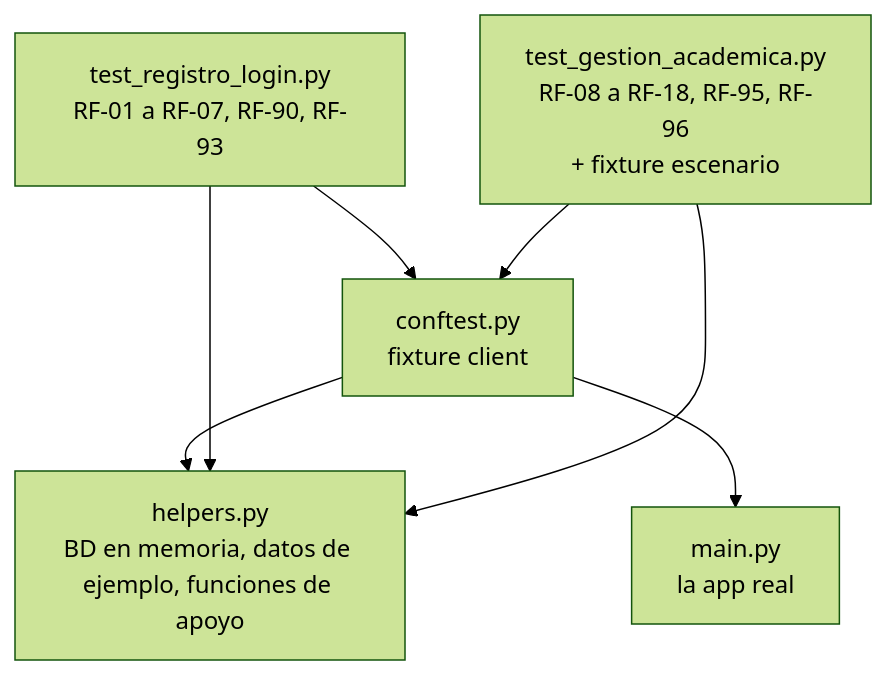
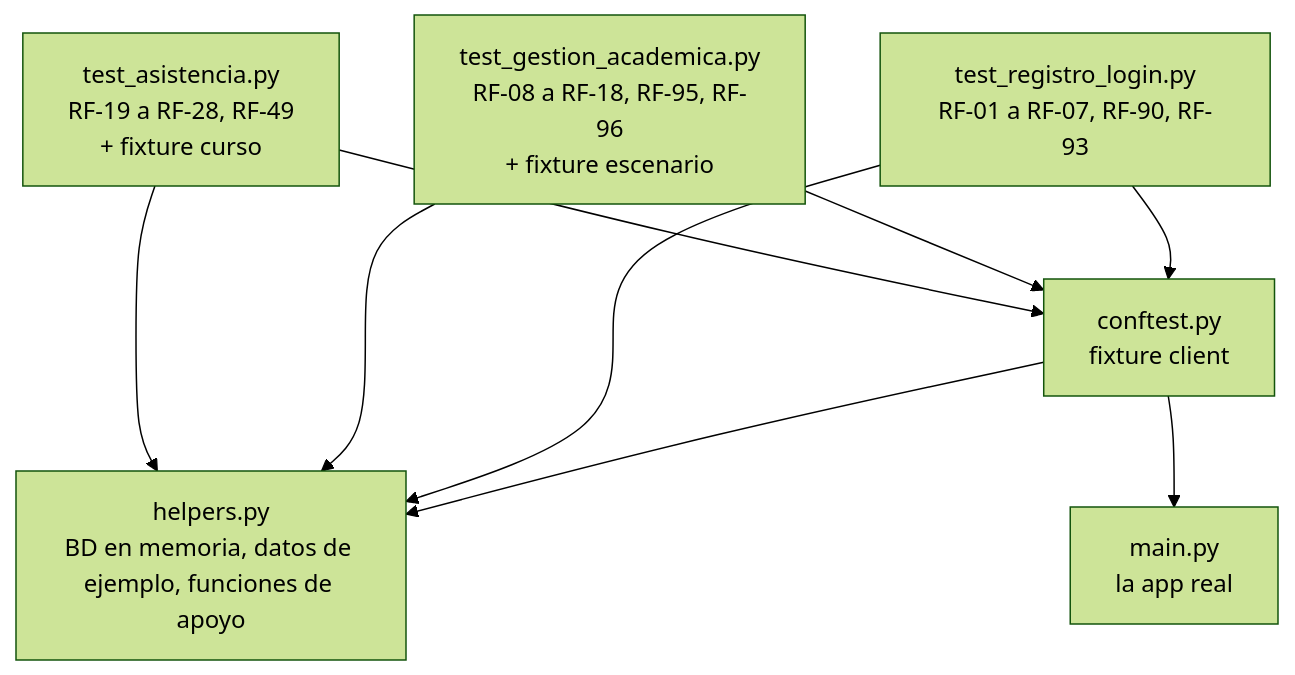
The diagram in docs/backend/07-pruebas.md (Huitrado/SEPA), drawn with Mermaid (forest theme) before and after one commit. The commit also changed other lines of this file and 9 other files, not shown here.

````diff
--- a/docs/backend/07-pruebas.md
+++ b/docs/backend/07-pruebas.md
@@ -50,9 +50,11 @@
 ```mermaid
 flowchart TD
     C["conftest.py<br/>fixture client"] --> H["helpers.py<br/>BD en memoria, datos de ejemplo, funciones de apoyo"]
     C --> M["main.py<br/>la app real"]
     T1["test_registro_login.py<br/>RF-01 a RF-07, RF-90, RF-93"] --> C
     T1 --> H
     T2["test_gestion_academica.py<br/>RF-08 a RF-18, RF-95, RF-96<br/>+ fixture escenario"] --> C
     T2 --> H
+    T3["test_asistencia.py<br/>RF-19 a RF-28, RF-49<br/>+ fixture curso"] --> C
+    T3 --> H
 ```
````
